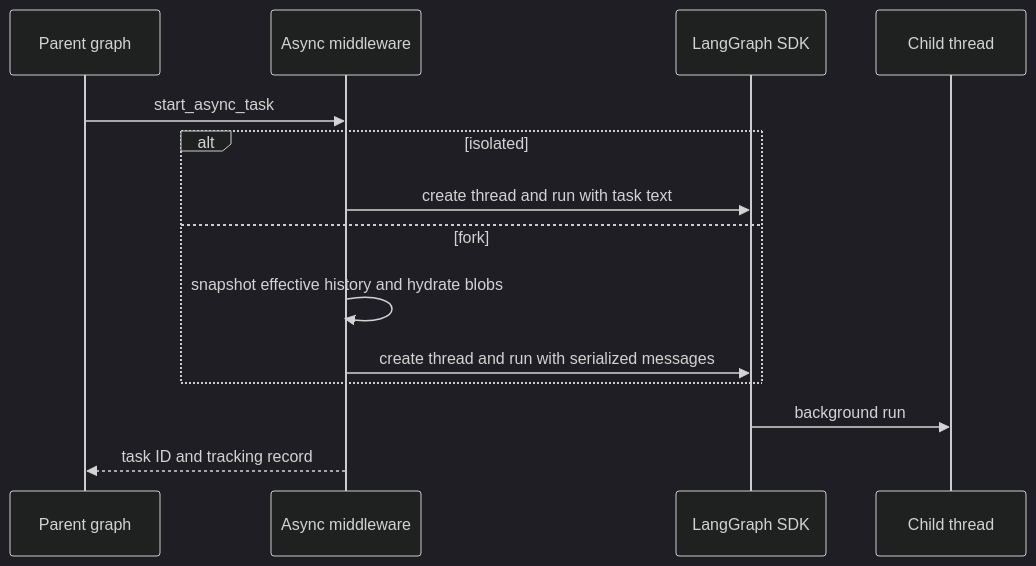
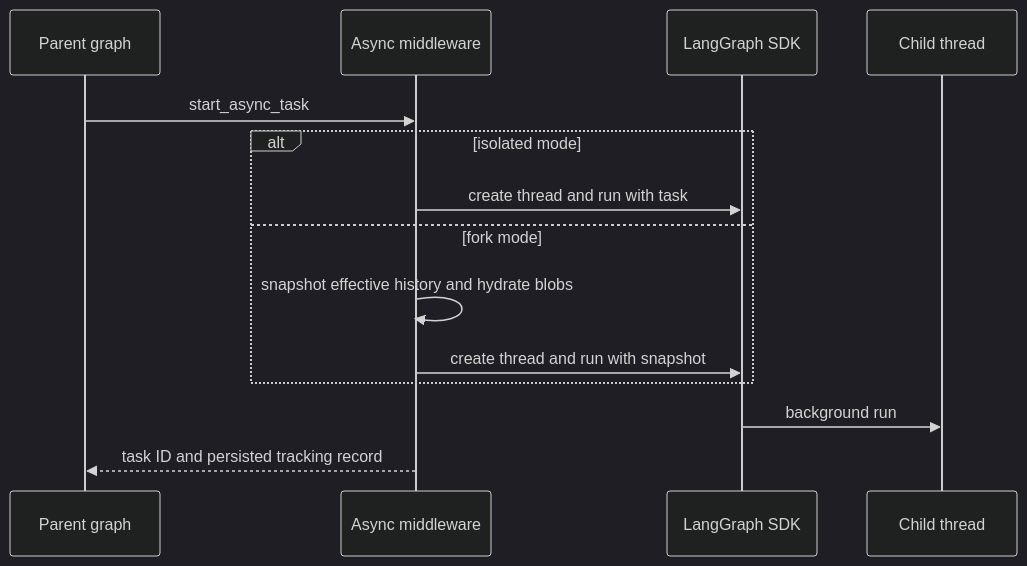
One commit to langchain-ai/deepagents changed the third of 5 diagrams in openwiki/architecture/runtime-behavior.md. Above: the diagram before and after it, drawn with Mermaid (dark theme). The commit also changed other lines of this file and 69 other files, not shown here.

````diff
--- a/openwiki/architecture/runtime-behavior.md
+++ b/openwiki/architecture/runtime-behavior.md
@@ -75,16 +90,16 @@
 ```mermaid
 sequenceDiagram
     participant Parent as Parent graph
     participant Middleware as Async middleware
     participant SDK as LangGraph SDK
     participant Child as Child thread
     Parent->>Middleware: start_async_task
-    alt isolated
-        Middleware->>SDK: create thread and run with task text
-    else fork
+    alt isolated mode
+        Middleware->>SDK: create thread and run with task
+    else fork mode
         Middleware->>Middleware: snapshot effective history and hydrate blobs
-        Middleware->>SDK: create thread and run with serialized messages
+        Middleware->>SDK: create thread and run with snapshot
     end
     SDK->>Child: background run
-    Middleware-->>Parent: task ID and tracking record
+    Middleware-->>Parent: task ID and persisted tracking record
 ```
````
